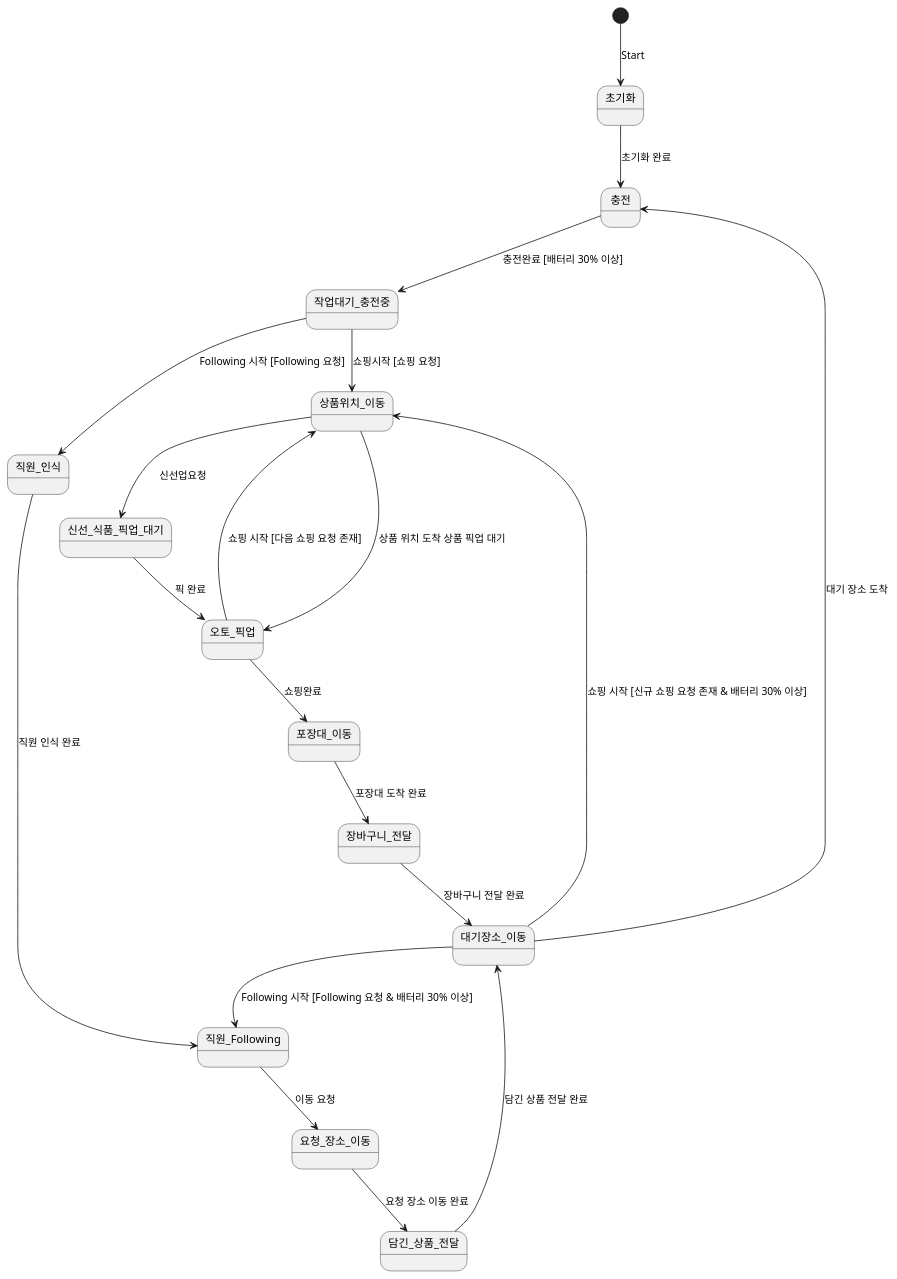
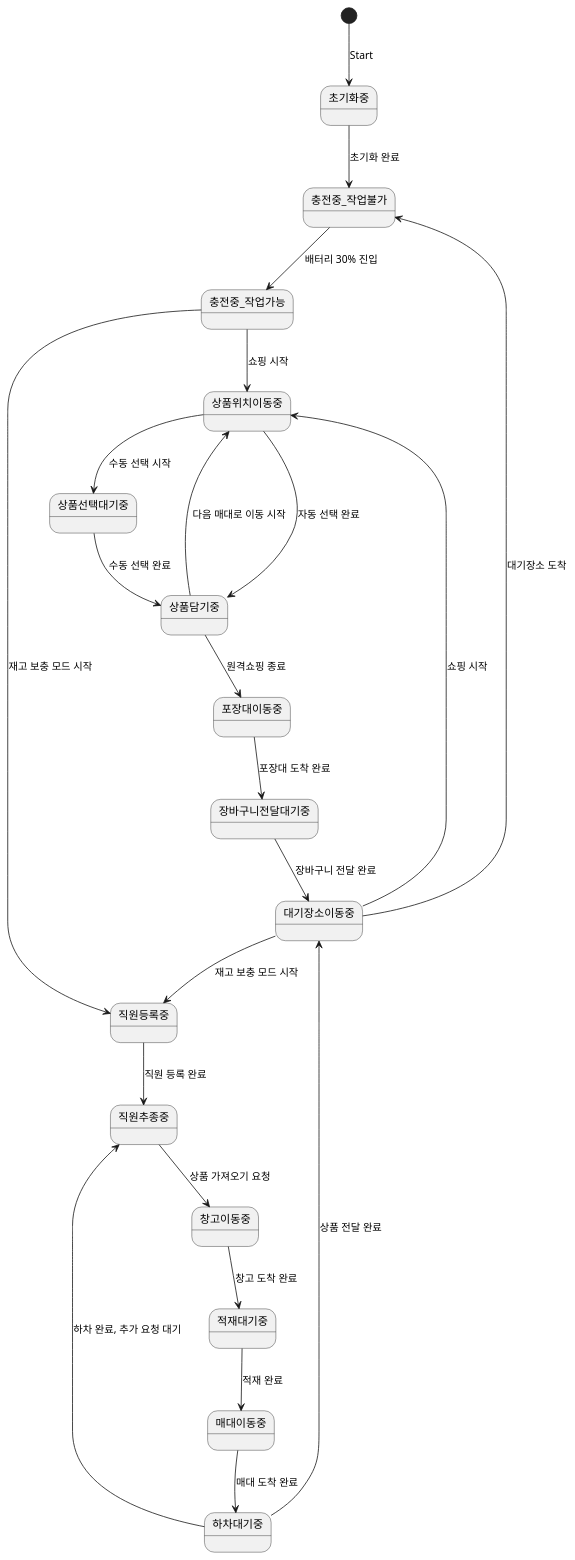
One commit to addinedu-roscamp-7th/roscamp-repo-1 changed the diagram in docs/StateDiagram/StateDiagram_Pickee.md. Above: the diagram before and after it, drawn with PlantUML. The commit also changed 2 other files, not shown here.

```diff
--- a/docs/StateDiagram/StateDiagram_Pickee.md
+++ b/docs/StateDiagram/StateDiagram_Pickee.md
@@ -1,28 +1,31 @@
 @startuml
-[*] --> 초기화 : Start
+[*] --> 초기화중 : Start
 
-state 초기화 {
+state 초기화중 {
 }
-초기화 --> 충전 : 초기화 완료
-충전 --> 작업대기_충전중 : 충전완료 [배터리 30% 이상]
-작업대기_충전중 --> 상품위치_이동 : 쇼핑시작 [쇼핑 요청]
-작업대기_충전중 --> 직원_인식 : Following 시작 [Following 요청]
+초기화중 --> 충전중_작업불가 : 초기화 완료
+충전중_작업불가 --> 충전중_작업가능 : 배터리 30% 진입
+충전중_작업가능 --> 상품위치이동중 : 쇼핑 시작
+충전중_작업가능 --> 직원등록중 : 재고 보충 모드 시작
 
-상품위치_이동 --> 오토_픽업 : 상품 위치 도착 상품 픽업 대기
-신선_식품_픽업_대기 --> 오토_픽업 : 픽 완료
-상품위치_이동 --> 신선_식품_픽업_대기 : 신선업요청
-오토_픽업 --> 포장대_이동 : 쇼핑완료
-오토_픽업 --> 상품위치_이동 : 쇼핑 시작 [다음 쇼핑 요청 존재]
+상품위치이동중 --> 상품담기중 : 자동 선택 완료
+상품위치이동중 --> 상품선택대기중 : 수동 선택 시작
+상품선택대기중 --> 상품담기중 : 수동 선택 완료
+상품담기중 --> 포장대이동중 : 원격쇼핑 종료
+상품담기중 --> 상품위치이동중 : 다음 매대로 이동 시작
 
-포장대_이동 --> 장바구니_전달 : 포장대 도착 완료
-장바구니_전달 --> 대기장소_이동 : 장바구니 전달 완료
-대기장소_이동 --> 충전 : 대기 장소 도착
-대기장소_이동 --> 직원_Following : Following 시작 [Following 요청 & 배터리 30% 이상]
-대기장소_이동 --> 상품위치_이동 : 쇼핑 시작 [신규 쇼핑 요청 존재 & 배터리 30% 이상]
+포장대이동중 --> 장바구니전달대기중 : 포장대 도착 완료
+장바구니전달대기중 --> 대기장소이동중 : 장바구니 전달 완료
+대기장소이동중 --> 충전중_작업불가 : 대기장소 도착
+대기장소이동중 --> 직원등록중 : 재고 보충 모드 시작
+대기장소이동중 --> 상품위치이동중 : 쇼핑 시작
 
-직원_인식 --> 직원_Following : 직원 인식 완료
-직원_Following --> 요청_장소_이동 : 이동 요청
-요청_장소_이동 --> 담긴_상품_전달 : 요청 장소 이동 완료
-담긴_상품_전달 --> 대기장소_이동 : 담긴 상품 전달 완료
+직원등록중 --> 직원추종중 : 직원 등록 완료
+직원추종중 --> 창고이동중 : 상품 가져오기 요청
+창고이동중 --> 적재대기중 : 창고 도착 완료
+적재대기중 --> 매대이동중 : 적재 완료
+매대이동중 --> 하차대기중 : 매대 도착 완료
+하차대기중 --> 직원추종중 : 하차 완료, 추가 요청 대기
+하차대기중 --> 대기장소이동중 : 상품 전달 완료
 
 @enduml
```
